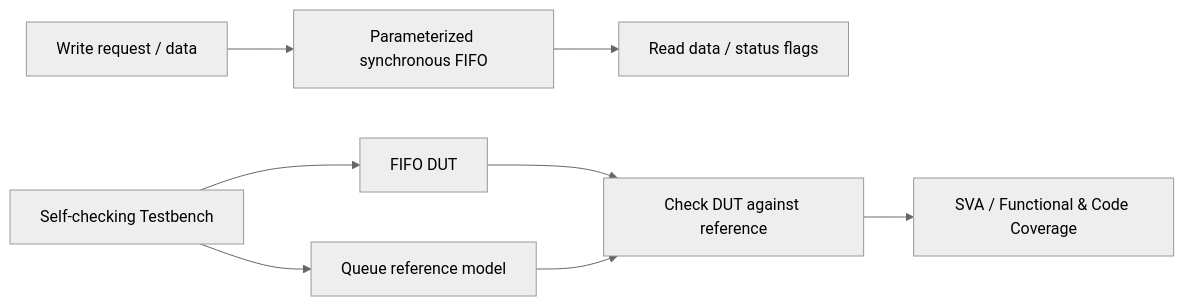
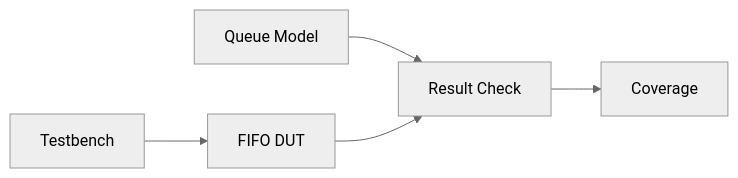
One commit to Lugu200510/systemverilog-fifo-verification changed the diagram in README.md. Above: the diagram before and after it, drawn with Mermaid (neutral theme).

Commit message:
Revise design flow diagram in README
Updated the design flow diagram in README.md for clarity.

````diff
--- a/README.md
+++ b/README.md
@@ -32,10 +32,7 @@
 ```mermaid
 flowchart LR
-    IN[Write request / data] --> FIFO[Parameterized synchronous FIFO]
-    FIFO --> OUT[Read data / status flags]
-    TB[Self-checking Testbench] --> DUT[FIFO DUT]
-    TB --> REF[Queue reference model]
-    DUT --> CMP[Check DUT against reference]
-    REF --> CMP
-    CMP --> COV[SVA / Functional & Code Coverage]
+    TB[Testbench] --> FIFO[FIFO DUT]
+    REF[Queue Model] --> CMP[Result Check]
+    FIFO --> CMP
+    CMP --> COV[Coverage]
 ```
````
